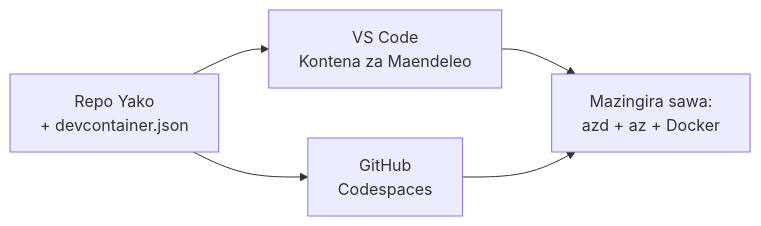
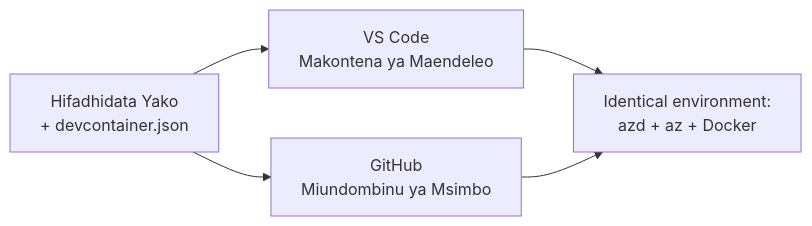
One commit to microsoft/AZD-for-beginners changed the diagram in translations/sw/docs/chapter-01-foundation/dev-containers.md. Above: the diagram before and after it, drawn with Mermaid. The commit also changed other lines of this file and 61 other files, not shown here.

````diff
--- a/translations/sw/docs/chapter-01-foundation/dev-containers.md
+++ b/translations/sw/docs/chapter-01-foundation/dev-containers.md
@@ -41,7 +41,7 @@
 ```mermaid
 graph LR
-    Repo[Repo Yako<br/>+ devcontainer.json] --> VSCode[VS Code<br/>Kontena za Maendeleo]
-    Repo --> Codespaces[GitHub<br/>Codespaces]
-    VSCode --> Env[Mazingira sawa:<br/>azd + az + Docker]
+    Repo[Hifadhidata Yako<br/>+ devcontainer.json] --> VSCode[VS Code<br/>Makontena ya Maendeleo]
+    Repo --> Codespaces[GitHub<br/>Miundombinu ya Msimbo]
+    VSCode --> Env[Identical environment:<br/>azd + az + Docker]
     Codespaces --> Env
 ```
````
